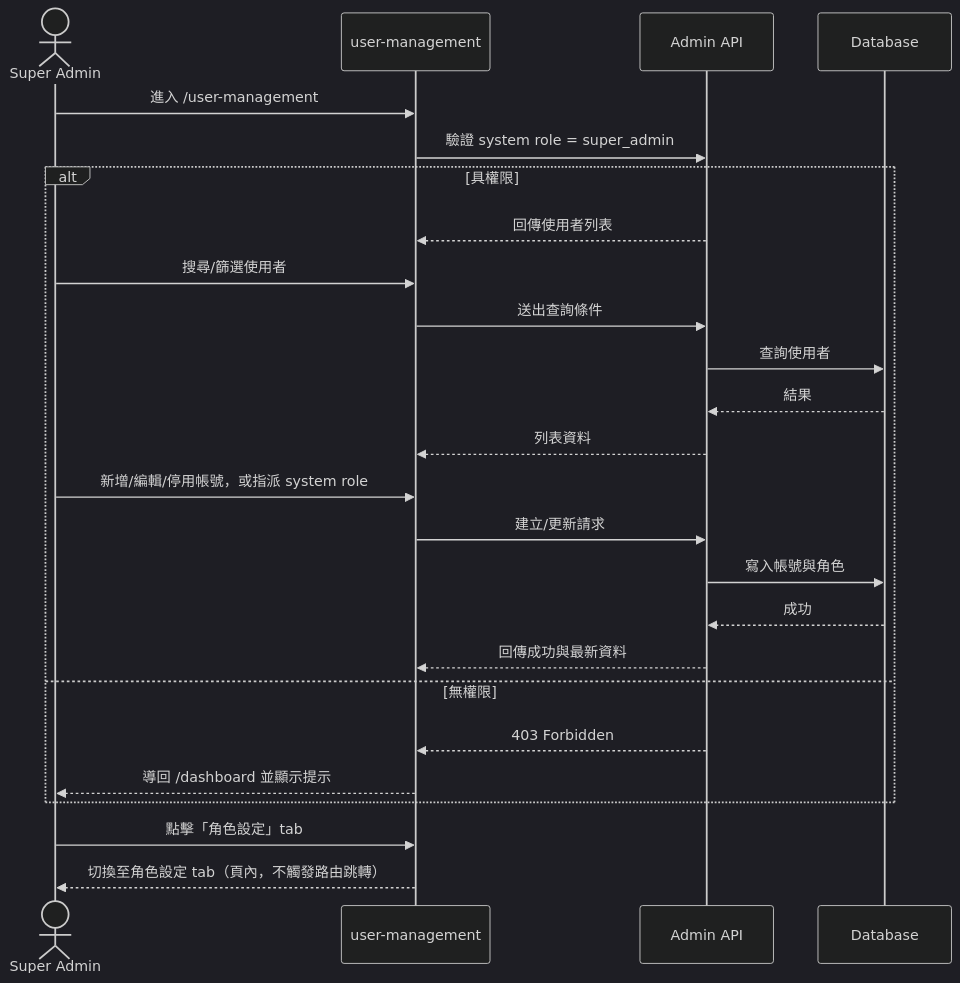
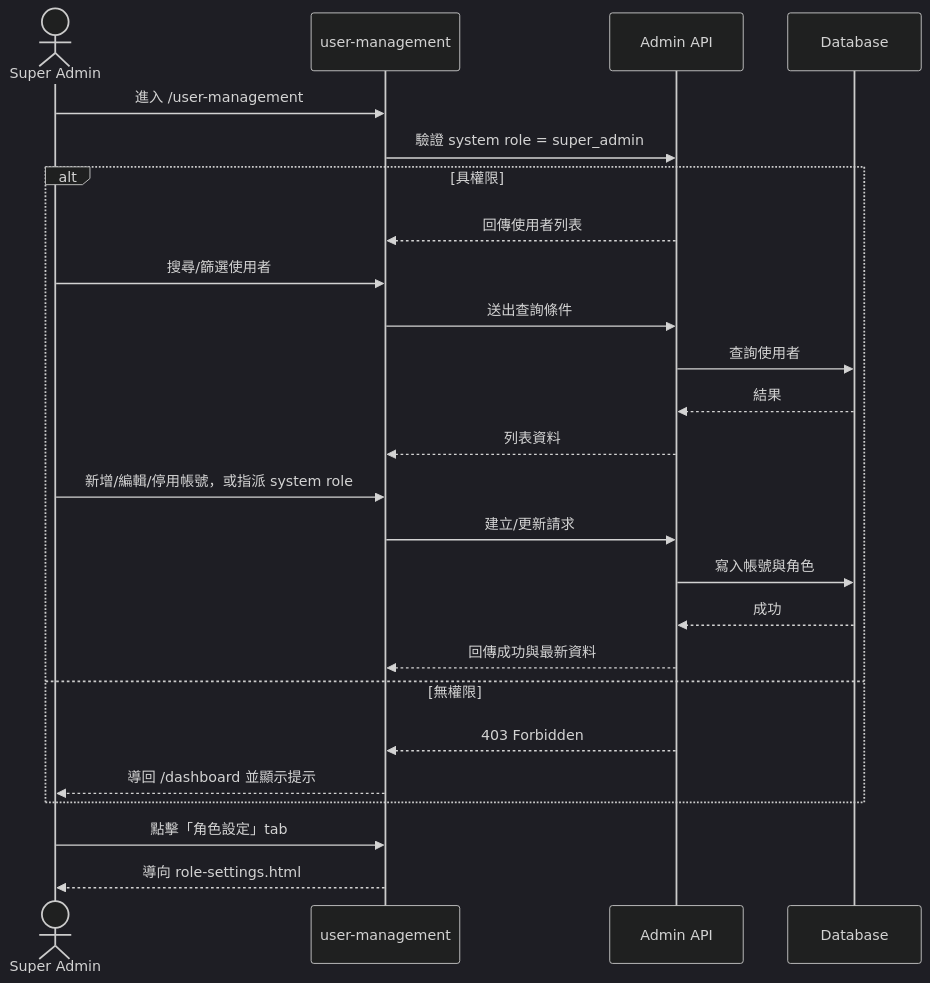
One commit to singyichen/label-suite changed the first of 2 diagrams in specs/admin/006-user-management/spec.md. Above: the diagram before and after it, drawn with Mermaid (dark theme). The commit also changed other lines of this file and 5 other files, not shown here.

````diff
--- a/specs/admin/006-user-management/spec.md
+++ b/specs/admin/006-user-management/spec.md
@@ -20,29 +20,29 @@
 ```mermaid
 sequenceDiagram
     actor SA as Super Admin
     participant UI as user-management
     participant API as Admin API
     participant DB as Database
 
     SA->>UI: 進入 /user-management
     UI->>API: 驗證 system role = super_admin
     alt 具權限
         API-->>UI: 回傳使用者列表
         SA->>UI: 搜尋/篩選使用者
         UI->>API: 送出查詢條件
         API->>DB: 查詢使用者
         DB-->>API: 結果
         API-->>UI: 列表資料
         SA->>UI: 新增/編輯/停用帳號，或指派 system role
         UI->>API: 建立/更新請求
         API->>DB: 寫入帳號與角色
         DB-->>API: 成功
         API-->>UI: 回傳成功與最新資料
     else 無權限
         API-->>UI: 403 Forbidden
         UI-->>SA: 導回 /dashboard 並顯示提示
     end
 
     SA->>UI: 點擊「角色設定」tab
-    UI-->>SA: 切換至角色設定 tab（頁內，不觸發路由跳轉）
+    UI-->>SA: 導向 role-settings.html
 ```
````
